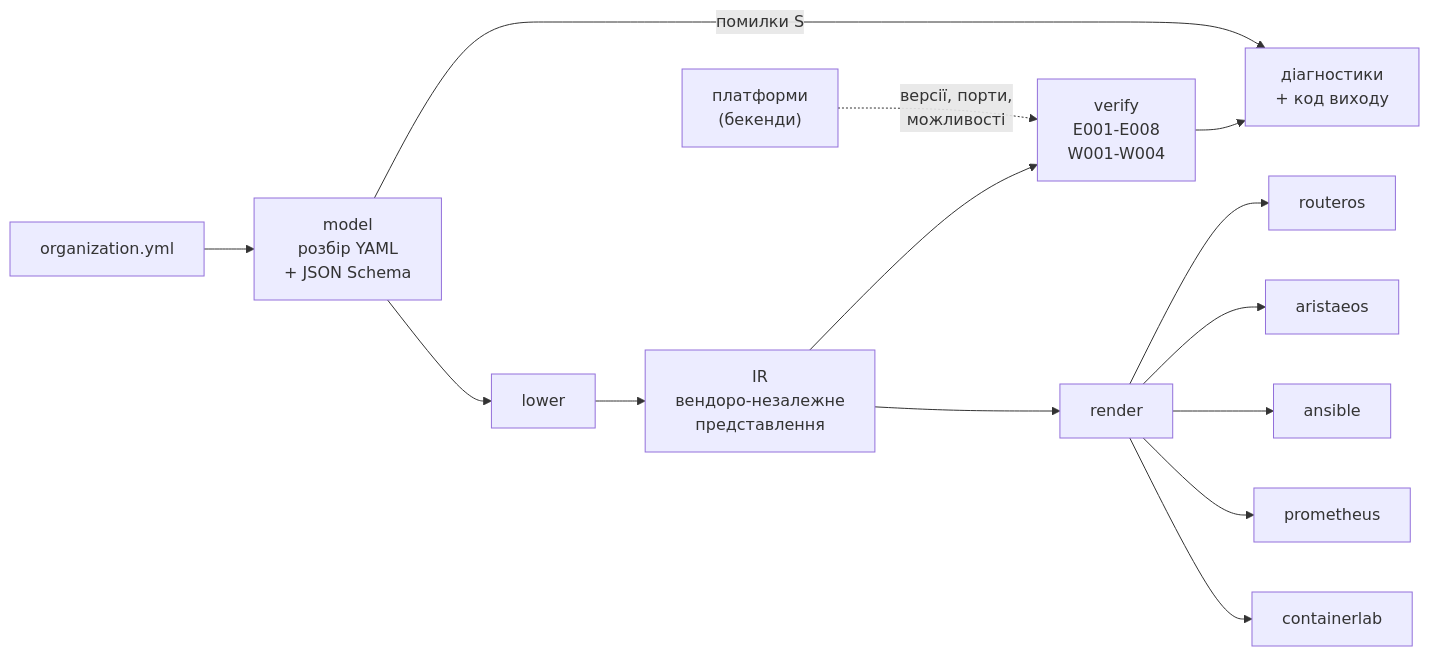
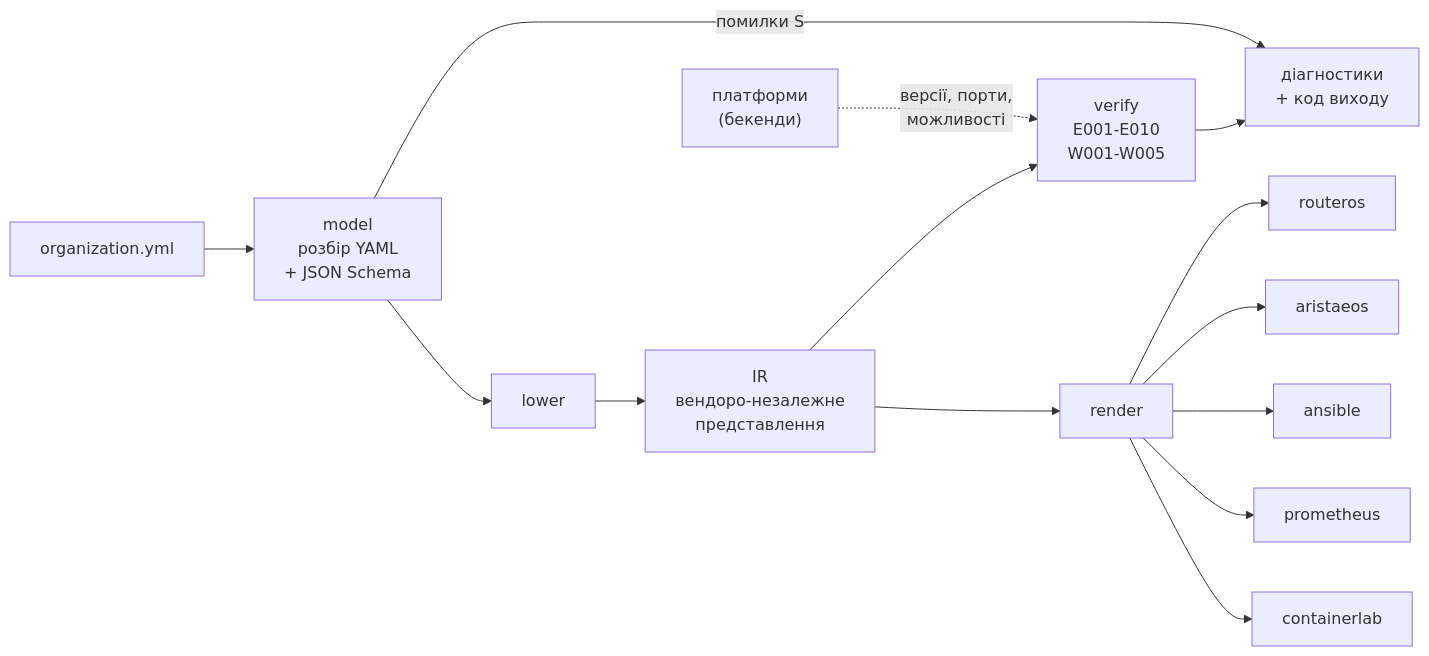
Before and after one commit to Illiathebest/orgc: the first of 2 diagrams in docs/ARCHITECTURE.md, drawn with Mermaid. The commit also changed other lines of this file and 35 other files, not shown here.

````diff
--- a/docs/ARCHITECTURE.md
+++ b/docs/ARCHITECTURE.md
@@ -21,16 +21,16 @@
 ```mermaid
 flowchart LR
     YML["organization.yml"] --> M["model<br/>розбір YAML<br/>+ JSON Schema"]
     M -->|"помилки S"| D["діагностики<br/>+ код виходу"]
     M --> L["lower"]
     L --> IR["IR<br/>вендоро-незалежне<br/>представлення"]
-    IR --> V["verify<br/>E001-E008<br/>W001-W004"]
+    IR --> V["verify<br/>E001-E010<br/>W001-W005"]
     PL["платформи<br/>(бекенди)"] -.->|"версії, порти,<br/>можливості"| V
     V --> D
     IR --> R["render"]
     R --> B1["routeros"]
     R --> B2["aristaeos"]
     R --> B3["ansible"]
     R --> B4["prometheus"]
     R --> B5["containerlab"]
 ```
````
